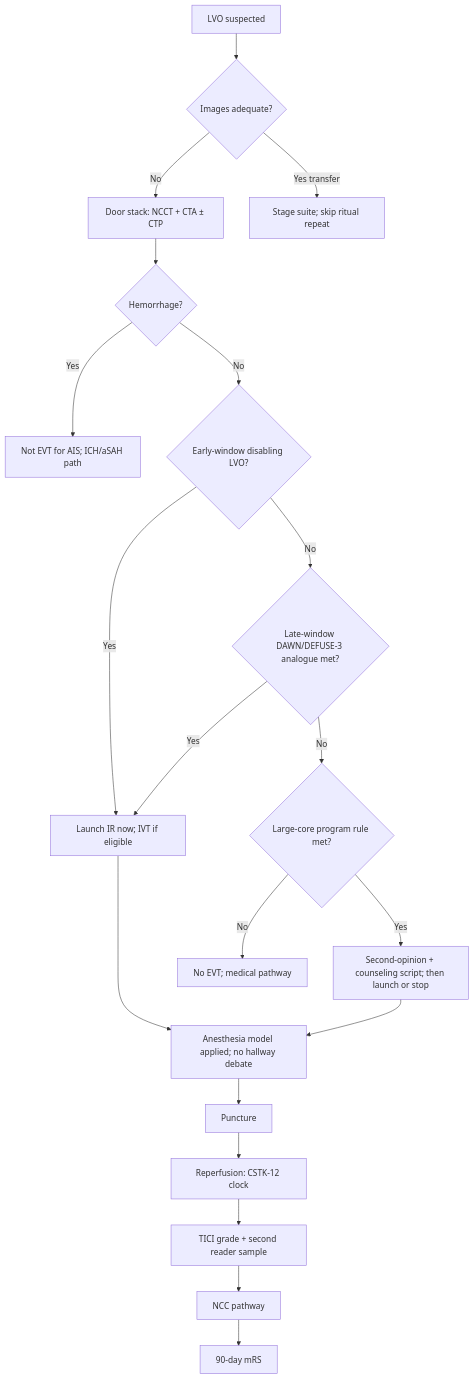
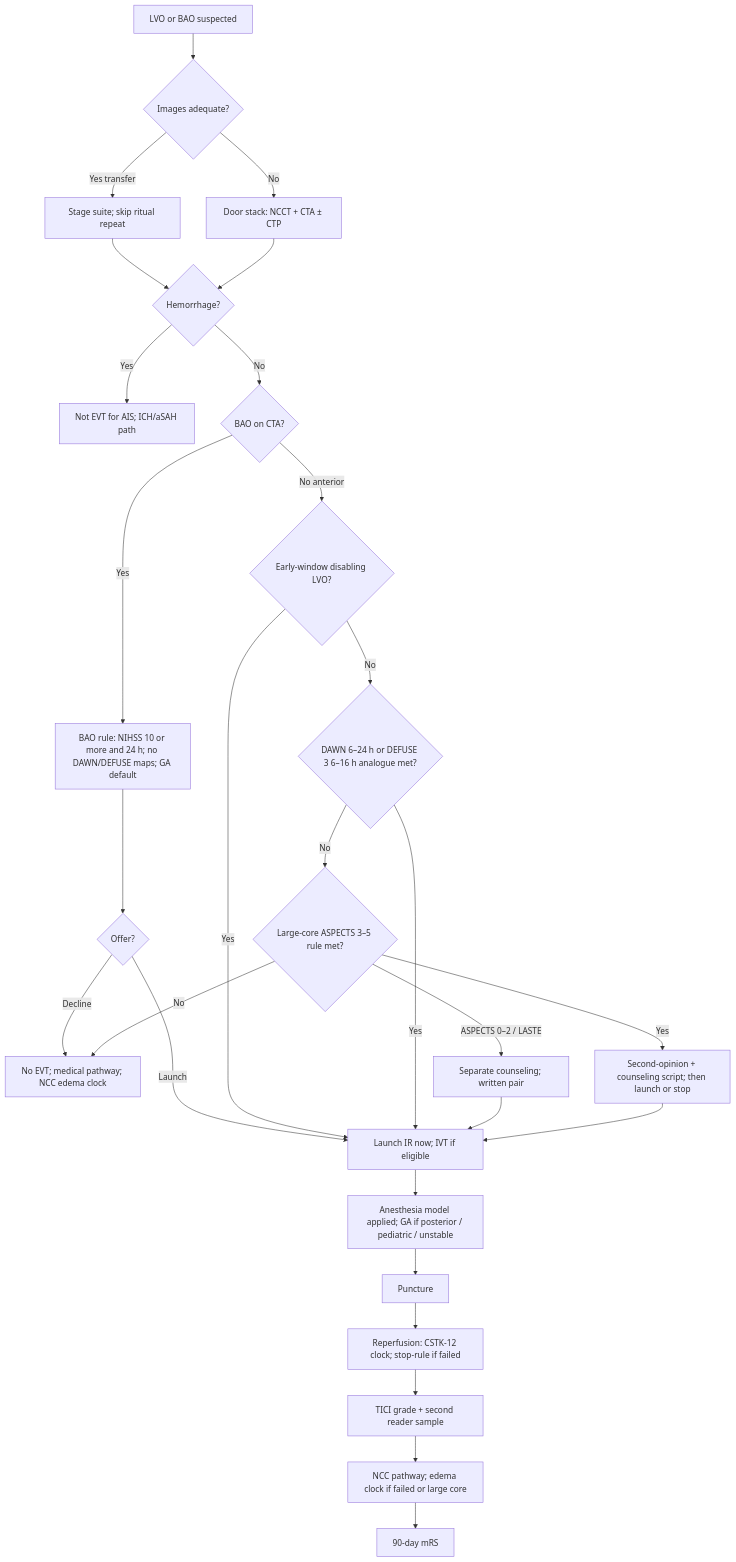
One commit to rkalani1/CSC changed the first of 2 diagrams in docs/clinical/14-endovascular-therapy.md. Above: the diagram before and after it, drawn with Mermaid. The commit also changed other lines of this file and 62 other files, not shown here.

````diff
--- a/docs/clinical/14-endovascular-therapy.md
+++ b/docs/clinical/14-endovascular-therapy.md
@@ -110,22 +125,30 @@
 ```mermaid
 flowchart TD
-    A[LVO suspected] --> B{Images adequate?}
+    A[LVO or BAO suspected] --> B{Images adequate?}
     B -->|No| C[Door stack: NCCT + CTA ± CTP]
     B -->|Yes transfer| D[Stage suite; skip ritual repeat]
+    D --> E
     C --> E{Hemorrhage?}
     E -->|Yes| F[Not EVT for AIS; ICH/aSAH path]
-    E -->|No| G{Early-window disabling LVO?}
+    E -->|No| BAO{BAO on CTA?}
+    BAO -->|Yes| BAOrule[BAO rule: NIHSS 10 or more and 24 h; no DAWN/DEFUSE maps; GA default]
+    BAOrule --> BAOok{Offer?}
+    BAOok -->|Launch| H
+    BAOok -->|Decline| L[No EVT; medical pathway; NCC edema clock]
+    BAO -->|No anterior| G{Early-window disabling LVO?}
     G -->|Yes| H[Launch IR now; IVT if eligible]
-    G -->|No| I{Late-window DAWN/DEFUSE-3 analogue met?}
+    G -->|No| I{DAWN 6–24 h or DEFUSE 3 6–16 h analogue met?}
     I -->|Yes| H
-    I -->|No| J{Large-core program rule met?}
+    I -->|No| J{Large-core ASPECTS 3–5 rule met?}
     J -->|Yes| K[Second-opinion + counseling script; then launch or stop]
-    J -->|No| L[No EVT; medical pathway]
-    H --> M[Anesthesia model applied; no hallway debate]
-    K --> M
+    J -->|ASPECTS 0–2 / LASTE| K2[Separate counseling; written pair]
+    J -->|No| L
+    K2 --> H
+    K --> H
+    H --> M[Anesthesia model applied; GA if posterior / pediatric / unstable]
     M --> N[Puncture]
-    N --> O[Reperfusion: CSTK-12 clock]
+    N --> O[Reperfusion: CSTK-12 clock; stop-rule if failed]
     O --> P[TICI grade + second reader sample]
-    P --> Q[NCC pathway]
+    P --> Q[NCC pathway; edema clock if failed or large core]
     Q --> R[90-day mRS]
 ```
````
